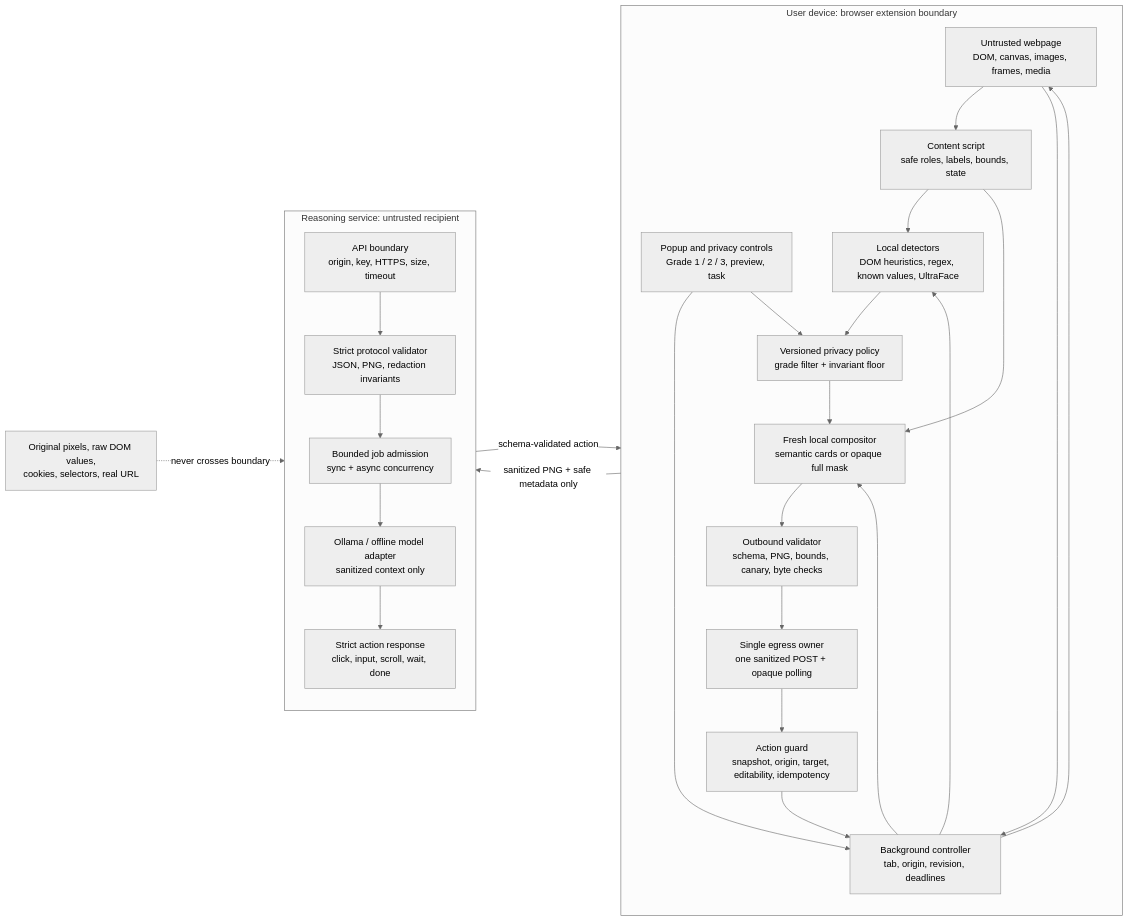
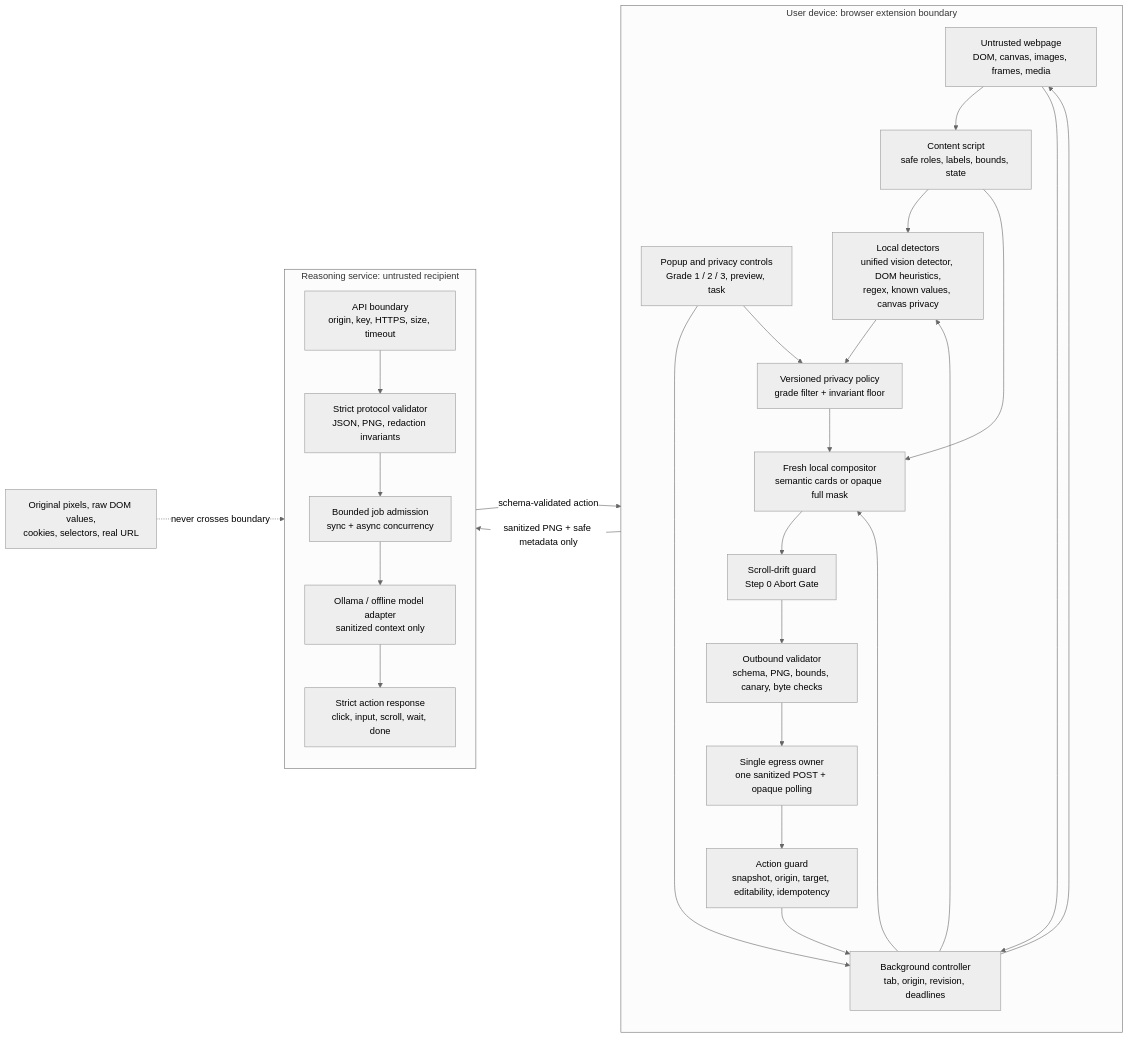
Before and after one commit to Rohinth-S/NAYAN: the second of 4 diagrams in README.md, drawn with Mermaid (neutral theme). The commit also changed other lines of this file and 10 other files, not shown here.

First line of the commit message:
feat: migrate to Approach B architecture

````diff
--- a/README.md
+++ b/README.md
@@ -64,43 +69,44 @@
 ```mermaid
 flowchart LR
   subgraph B[User device: browser extension boundary]
     direction TB
     P[Untrusted webpage<br/>DOM, canvas, images, frames, media]
     UI[Popup and privacy controls<br/>Grade 1 / 2 / 3, preview, task]
     CS[Content script<br/>safe roles, labels, bounds, state]
     BG[Background controller<br/>tab, origin, revision, deadlines]
-    DET[Local detectors<br/>DOM heuristics, regex, known values, UltraFace]
+    DET[Local detectors<br/>unified vision detector, DOM heuristics,<br/>regex, known values, canvas privacy]
     POL[Versioned privacy policy<br/>grade filter + invariant floor]
     COMP[Fresh local compositor<br/>semantic cards or opaque full mask]
+    SDG[Scroll-drift guard<br/>Step 0 Abort Gate]
     VAL[Outbound validator<br/>schema, PNG, bounds, canary, byte checks]
     EG[Single egress owner<br/>one sanitized POST + opaque polling]
     ACT[Action guard<br/>snapshot, origin, target, editability, idempotency]
     P --> CS
     P --> BG
     UI --> BG
     CS --> DET
     BG --> DET
     DET --> POL
     UI --> POL
     POL --> COMP
     CS --> COMP
     BG --> COMP
-    COMP --> VAL --> EG
+    COMP --> SDG --> VAL --> EG
     EG --> ACT --> BG
     BG --> P
   end
 
   subgraph S[Reasoning service: untrusted recipient]
     direction TB
     RB[API boundary<br/>origin, key, HTTPS, size, timeout]
     SV[Strict protocol validator<br/>JSON, PNG, redaction invariants]
     Q[Bounded job admission<br/>sync + async concurrency]
     M[Ollama / offline model adapter<br/>sanitized context only]
     OG[Strict action response<br/>click, input, scroll, wait, done]
     RB --> SV --> Q --> M --> OG
   end
 
   EG -->|sanitized PNG + safe metadata only| RB
   OG -->|schema-validated action| ACT
   RAW[Original pixels, raw DOM values,<br/>cookies, selectors, real URL] -. never crosses boundary .-> RB
 ```
````
